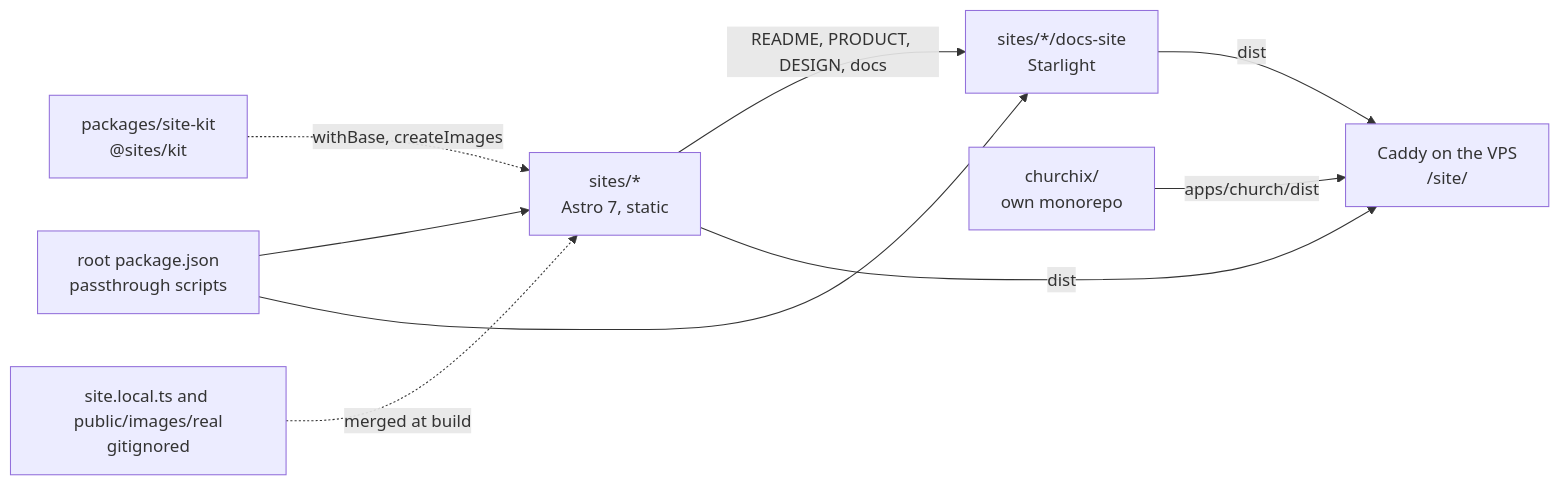
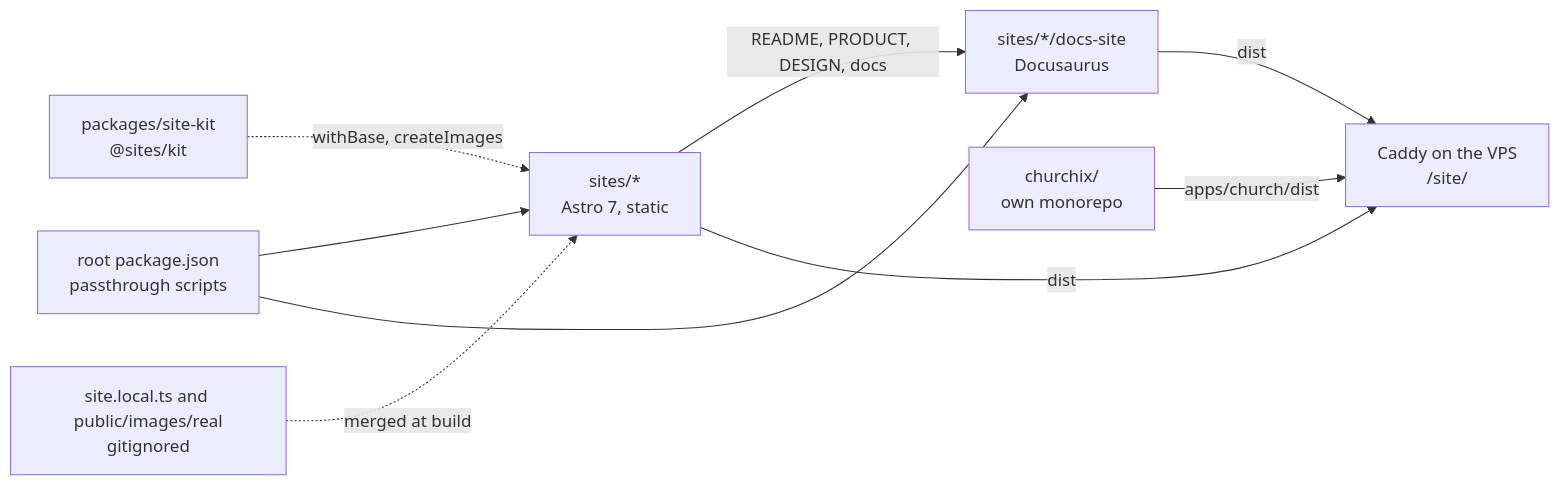
One commit to gandolh/presentation-sites changed the diagram in docs/architecture.md. Above: the diagram before and after it, drawn with Mermaid. The commit also changed other lines of this file and 6 other files, not shown here.

First line of the commit message:
docs: the five docs sites are Docusaurus now

````diff
--- a/docs/architecture.md
+++ b/docs/architecture.md
@@ -5,11 +5,11 @@
 ```mermaid
 flowchart LR
   root["root package.json<br/>passthrough scripts"] --> sites["sites/*<br/>Astro 7, static"]
-  root --> docs["sites/*/docs-site<br/>Starlight"]
+  root --> docs["sites/*/docs-site<br/>Docusaurus"]
   kit["packages/site-kit<br/>@sites/kit"] -.->|withBase, createImages| sites
   sites -->|README, PRODUCT, DESIGN, docs| docs
   local["site.local.ts and public/images/real<br/>gitignored"] -.->|merged at build| sites
   sites -->|dist| caddy["Caddy on the VPS<br/>/site/"]
   docs -->|dist| caddy
   churchix["churchix/<br/>own monorepo"] -->|apps/church/dist| caddy
 ```
````
